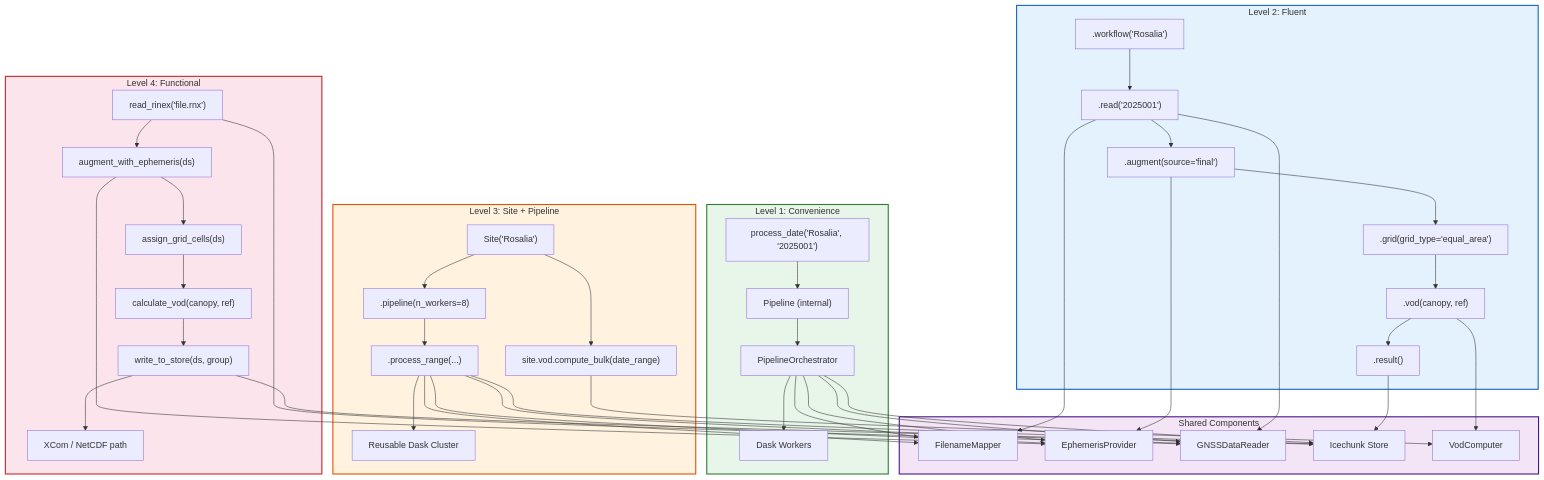
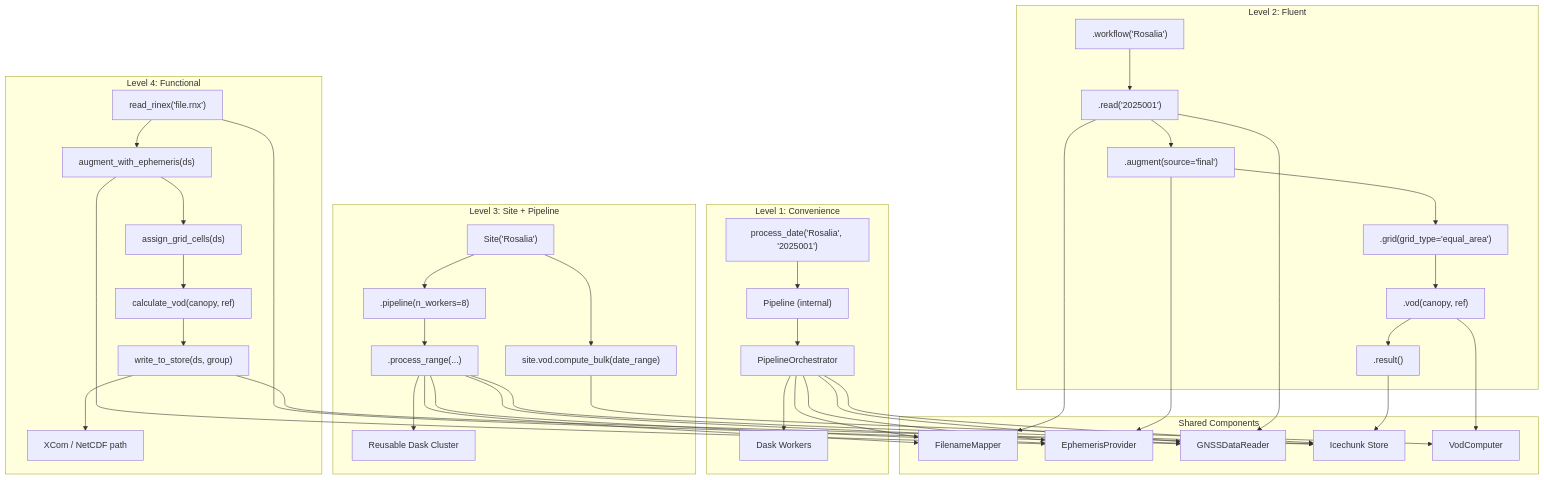
One commit to konstantinschellenberg/canvodpy changed the third of 3 diagrams in README.md. Above: the diagram before and after it, drawn with Mermaid. The commit also changed other lines of this file, not shown here.

First line of the commit message:
docs(readme): remove hardcoded Mermaid style colours

````diff
--- a/README.md
+++ b/README.md
@@ -226,70 +202,64 @@
 ```mermaid
 flowchart TD
     subgraph L1["Level 1: Convenience"]
         L1A["process_date('Rosalia', '2025001')"]
         L1A --> L1B["Pipeline (internal)"]
         L1B --> L1C["PipelineOrchestrator"]
         L1C --> L1D["Dask Workers"]
     end
 
     subgraph L2["Level 2: Fluent"]
         L2A[".workflow('Rosalia')"]
         L2A --> L2B[".read('2025001')"]
         L2B --> L2C[".augment(source='final')"]
         L2C --> L2E[".grid(grid_type='equal_area')"]
         L2E --> L2F[".vod(canopy, ref)"]
         L2F --> L2D[".result()"]
     end
 
     subgraph L3["Level 3: Site + Pipeline"]
         L3A["Site('Rosalia')"]
         L3A --> L3B[".pipeline(n_workers=8)"]
         L3B --> L3C[".process_range(...)"]
         L3C --> L3D["Reusable Dask Cluster"]
         L3A --> L3E["site.vod.compute_bulk(date_range)"]
     end
 
     subgraph L4["Level 4: Functional"]
         L4A["read_rinex('file.rnx')"]
         L4A --> L4B["augment_with_ephemeris(ds)"]
         L4B --> L4G["assign_grid_cells(ds)"]
         L4G --> L4C["calculate_vod(canopy, ref)"]
         L4C --> L4H["write_to_store(ds, group)"]
         L4H --> L4D["XCom / NetCDF path"]
     end
 
     subgraph Shared["Shared Components"]
         FM["FilenameMapper"]
         EP["EphemerisProvider"]
         READER["GNSSDataReader"]
         STORE["Icechunk Store"]
         VOD["VodComputer"]
     end
 
     L1C --> FM
     L1C --> EP
     L1C --> READER
     L1C --> STORE
 
     L2B --> FM
     L2B --> READER
     L2C --> EP
     L2F --> VOD
     L2D --> STORE
 
     L3C --> FM
     L3C --> EP
     L3C --> READER
     L3C --> STORE
     L3E --> VOD
 
     L4A --> READER
     L4B --> EP
     L4H --> STORE
-
-    style L1 fill:#e8f5e9,stroke:#2e7d32,stroke-width:2px
-    style L2 fill:#e3f2fd,stroke:#1565c0,stroke-width:2px
-    style L3 fill:#fff3e0,stroke:#e65100,stroke-width:2px
-    style L4 fill:#fce4ec,stroke:#c62828,stroke-width:2px
-    style Shared fill:#f3e5f5,stroke:#4a148c,stroke-width:2px
 ```
````
